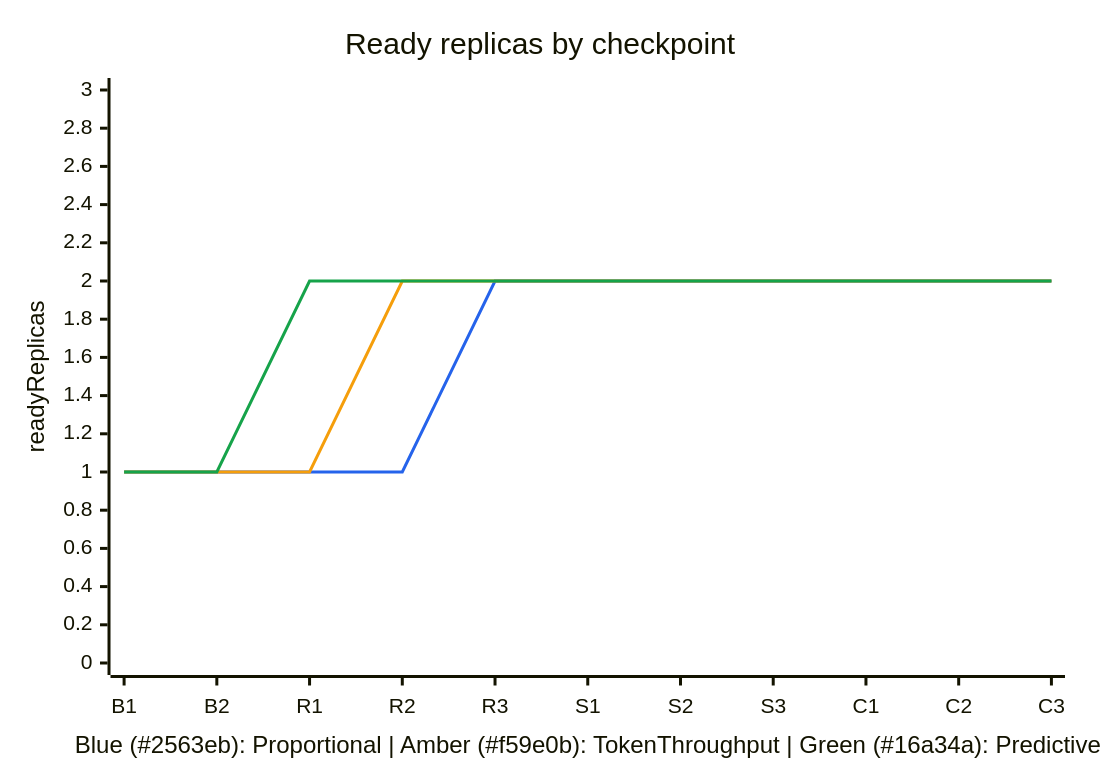
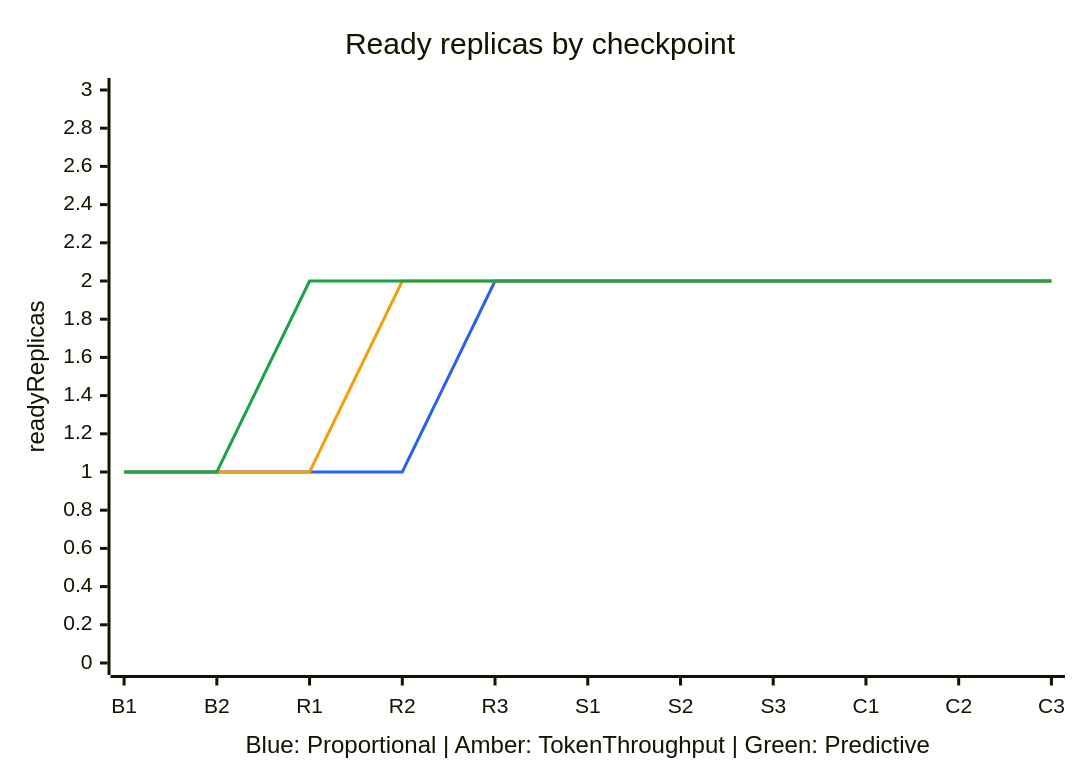
Before and after one commit to gpustack/gpustack-operator: the second of 9 diagrams in docs/modules/model-deployment/scaling-benchmark.md, drawn with Mermaid. The commit also changed other lines of this file, not shown here.

Commit message:
docs(scaling): remove hex color codes from xychart-beta x-axis labels

````diff
--- a/docs/modules/model-deployment/scaling-benchmark.md
+++ b/docs/modules/model-deployment/scaling-benchmark.md
@@ -191,10 +191,10 @@
 ```mermaid
 %%{init: {"themeVariables": {"xyChart": {"plotColorPalette": "#2563eb, #f59e0b, #16a34a"}}}}%%
 xychart-beta
     title "Ready replicas by checkpoint"
-    x-axis "Blue (#2563eb): Proportional | Amber (#f59e0b): TokenThroughput | Green (#16a34a): Predictive" ["B1", "B2", "R1", "R2", "R3", "S1", "S2", "S3", "C1", "C2", "C3"]
+    x-axis "Blue: Proportional | Amber: TokenThroughput | Green: Predictive" ["B1", "B2", "R1", "R2", "R3", "S1", "S2", "S3", "C1", "C2", "C3"]
     y-axis "readyReplicas" 0 --> 3
     line "Proportional" [1, 1, 1, 1, 2, 2, 2, 2, 2, 2, 2]
     line "TokenThroughput" [1, 1, 1, 2, 2, 2, 2, 2, 2, 2, 2]
     line "Predictive" [1, 1, 2, 2, 2, 2, 2, 2, 2, 2, 2]
 ```
````
